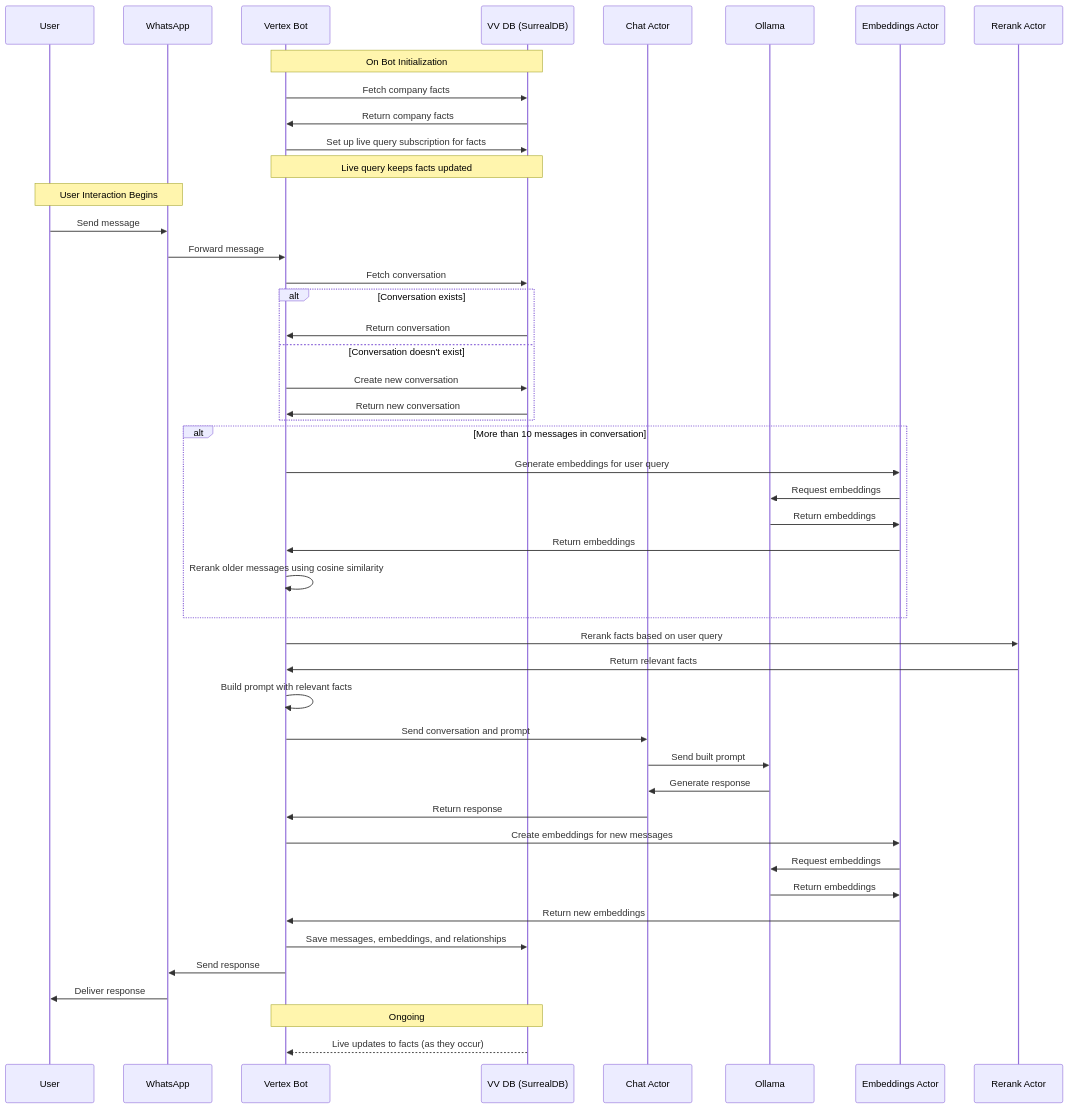
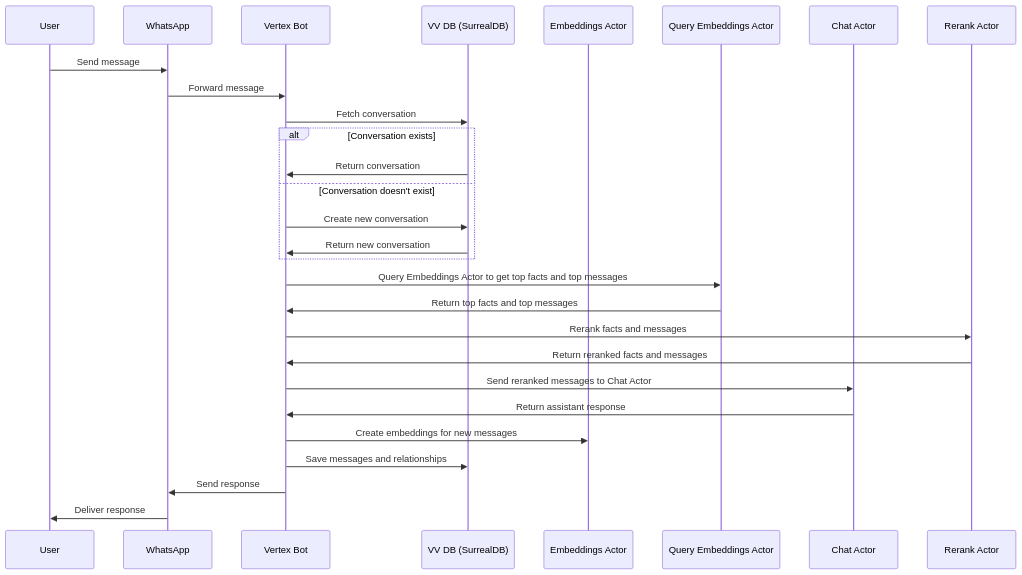
The diagram in README.md (VertexStudio/vertex-bot-wsp), drawn with Mermaid before and after one commit.

````diff
--- a/README.md
+++ b/README.md
@@ -103,52 +103,36 @@
 ```mermaid
 sequenceDiagram
     participant U as User
     participant W as WhatsApp
     participant VB as Vertex Bot
     participant DB as VV DB (SurrealDB)
+    participant EA as Embeddings Actor
+    participant QEA as Query Embeddings Actor
     participant CA as Chat Actor
-    participant O as Ollama
-    participant EA as Embeddings Actor
     participant RA as Rerank Actor
 
-    Note over VB,DB: On Bot Initialization
-    VB->>DB: Fetch company facts
-    DB->>VB: Return company facts
-    VB->>DB: Set up live query subscription for facts
-    Note over VB,DB: Live query keeps facts updated
-
-    Note over U,W: User Interaction Begins
     U->>W: Send message
     W->>VB: Forward message
     VB->>DB: Fetch conversation
     alt Conversation exists
         DB->>VB: Return conversation
     else Conversation doesn't exist
         VB->>DB: Create new conversation
         DB->>VB: Return new conversation
     end
-    alt More than 10 messages in conversation
-        VB->>EA: Generate embeddings for user query
-        EA->>O: Request embeddings
-        O->>EA: Return embeddings
-        EA->>VB: Return embeddings
-        VB->>VB: Rerank older messages using cosine similarity
-    end
-    VB->>RA: Rerank facts based on user query
-    RA->>VB: Return relevant facts
-    VB->>VB: Build prompt with relevant facts
-    VB->>CA: Send conversation and prompt
-    CA->>O: Send built prompt
-    O->>CA: Generate response
-    CA->>VB: Return response
+
+    VB->>QEA: Query Embeddings Actor to get top facts and top messages
+    QEA->>VB: Return top facts and top messages
+
+    VB->>RA: Rerank facts and messages
+    RA->>VB: Return reranked facts and messages
+
+    VB->>CA: Send reranked messages to Chat Actor
+    CA->>VB: Return assistant response
+
     VB->>EA: Create embeddings for new messages
-    EA->>O: Request embeddings
-    O->>EA: Return embeddings
-    EA->>VB: Return new embeddings
-    VB->>DB: Save messages, embeddings, and relationships
+
+    VB->>DB: Save messages and relationships
     VB->>W: Send response
     W->>U: Deliver response
-
-    Note over VB,DB: Ongoing
-    DB-->>VB: Live updates to facts (as they occur)
 ```
````
